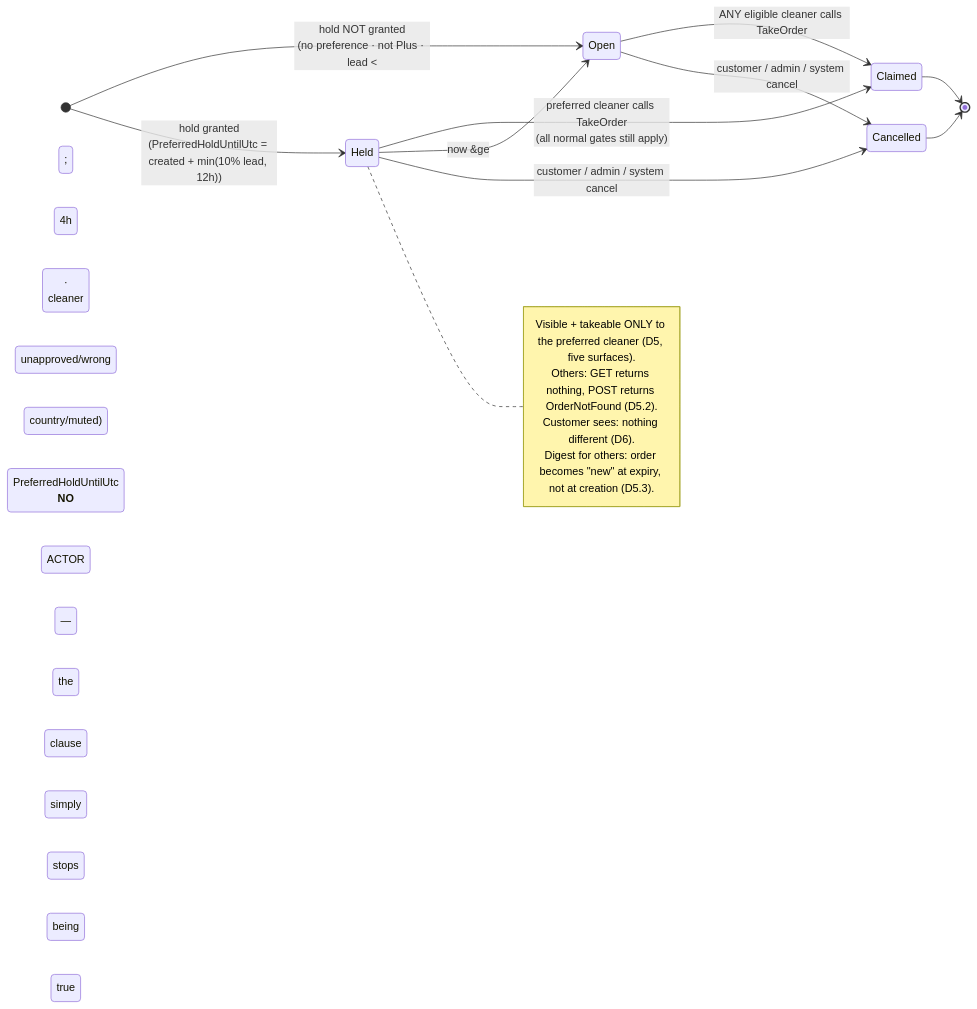
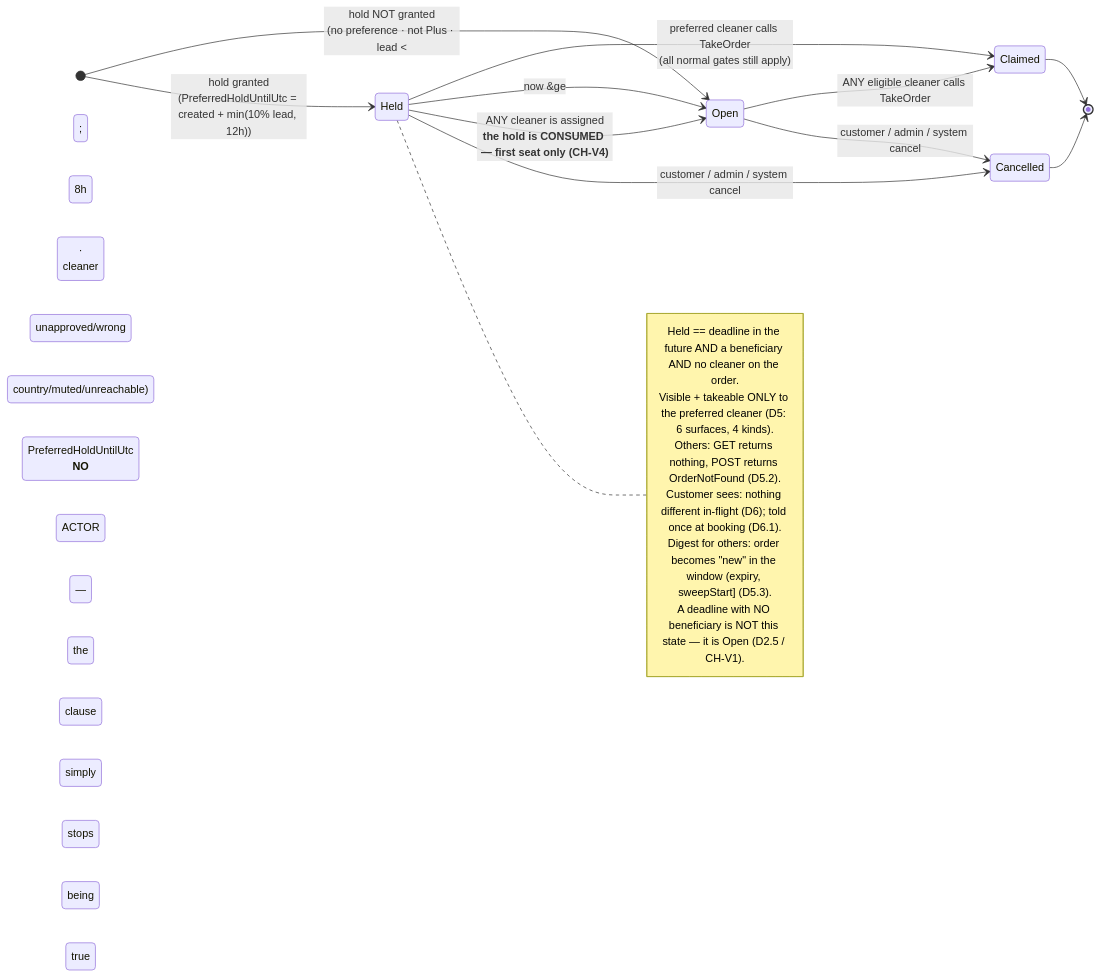
Before and after one commit to VM-s-Solutions/cleansia: the first of 2 diagrams in agents/backlog/adr/0036-preferred-cleaner-first-refusal-hold.md, drawn with Mermaid. The commit also changed other lines of this file and 3 other files, not shown here.

First line of the commit message:
docs(adr): ADR-0036 accepted — preferred-cleaner first refusal, as amended

````diff
--- a/agents/backlog/adr/0036-preferred-cleaner-first-refusal-hold.md
+++ b/agents/backlog/adr/0036-preferred-cleaner-first-refusal-hold.md
@@ -372,23 +760,26 @@
 ```mermaid
 stateDiagram-v2
     direction LR
-    [*] --> Open : hold NOT granted<br/>(no preference · not Plus · lead &lt; 4h ·<br/>cleaner unapproved/wrong country/muted)
+    [*] --> Open : hold NOT granted<br/>(no preference · not Plus · lead &lt; 8h ·<br/>cleaner unapproved/wrong country/muted/unreachable)
     [*] --> Held : hold granted<br/>(PreferredHoldUntilUtc = created + min(10% lead, 12h))
 
     Held --> Claimed : preferred cleaner calls TakeOrder<br/>(all normal gates still apply)
     Held --> Open : now &ge; PreferredHoldUntilUtc<br/><b>NO ACTOR — the clause simply stops being true</b>
+    Held --> Open : ANY cleaner is assigned<br/><b>the hold is CONSUMED — first seat only (CH-V4)</b>
     Open --> Claimed : ANY eligible cleaner calls TakeOrder
 
     Held --> Cancelled : customer / admin / system cancel
     Open --> Cancelled : customer / admin / system cancel
 
     Claimed --> [*]
     Cancelled --> [*]
 
     note right of Held
-      Visible + takeable ONLY to the preferred cleaner (D5, five surfaces).
+      Held == deadline in the future AND a beneficiary AND no cleaner on the order.
+      Visible + takeable ONLY to the preferred cleaner (D5: 6 surfaces, 4 kinds).
       Others: GET returns nothing, POST returns OrderNotFound (D5.2).
-      Customer sees: nothing different (D6).
-      Digest for others: order becomes "new" at expiry, not at creation (D5.3).
+      Customer sees: nothing different in-flight (D6); told once at booking (D6.1).
+      Digest for others: order becomes "new" in the window (expiry, sweepStart] (D5.3).
+      A deadline with NO beneficiary is NOT this state — it is Open (D2.5 / CH-V1).
     end note
 ```
````
